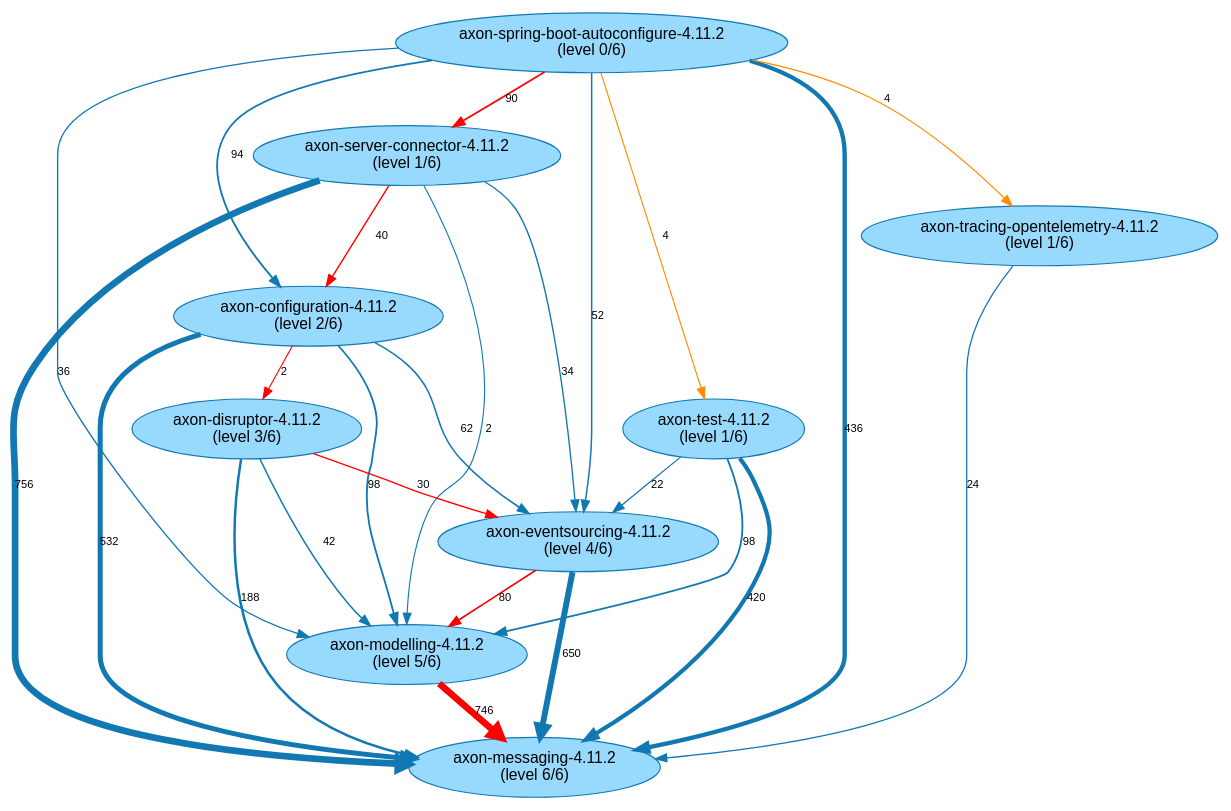
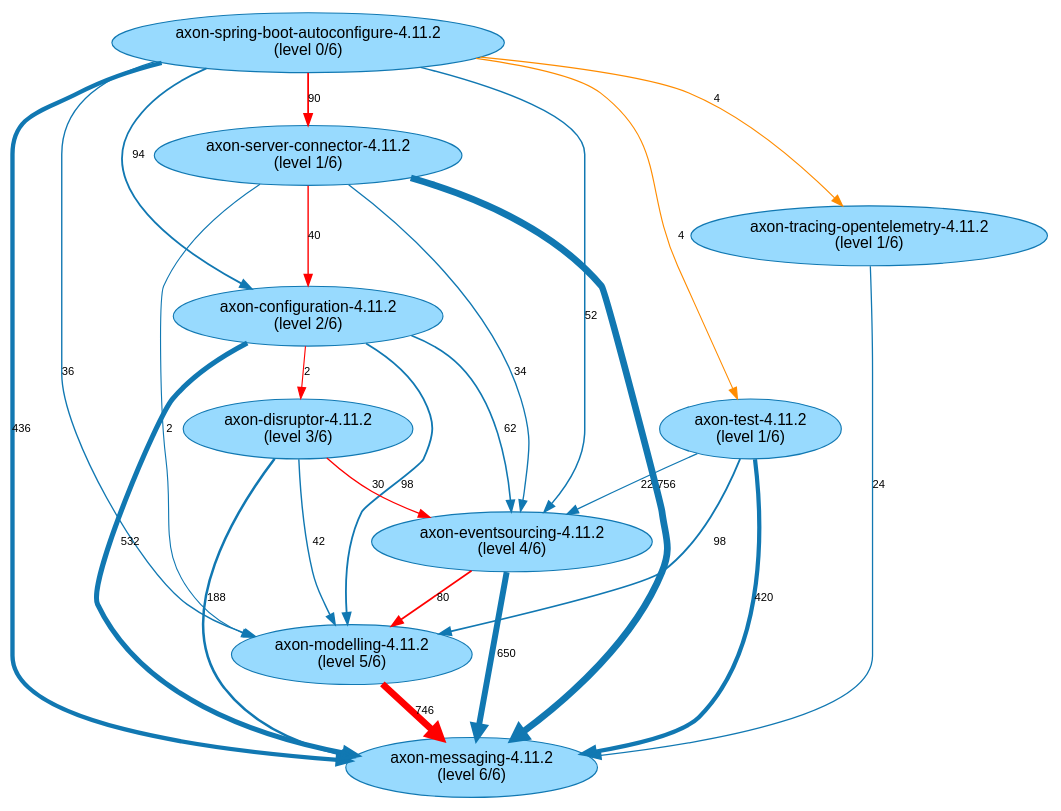
Before and after one commit to JohT/code-graph-analysis-examples: the diagram in analysis-results/AxonFramework/AxonFramework-4.11.2/path-finding-visualization/JavaArtifactLongestPaths.gv, drawn with Graphviz. The commit also changed other lines of this file and 457 other files, not shown here.

```diff
--- a/analysis-results/AxonFramework/AxonFramework-4.11.2/path-finding-visualization/JavaArtifactLongestPaths.gv
+++ b/analysis-results/AxonFramework/AxonFramework-4.11.2/path-finding-visualization/JavaArtifactLongestPaths.gv
@@ -1,37 +1,37 @@
 // This GraphViz dot file was generated by the script convertQueryResultCsvToGraphVizDotFile.sh with default.template
 
 strict digraph JavaArtifactLongestPaths {
     fontname = "Helvetica,Arial,sans-serif";
     node [fontname = "Helvetica,Arial,sans-serif";];
     edge [fontname = "Helvetica,Arial,sans-serif"; fontsize = 10;];
     node [style = filled; fillcolor = "0.560 0.400 0.999";];
     node [color = "0.560 0.900 0.700";];
     edge [color = "0.560 0.900 0.700";];
+	"axon-spring-boot-autoconfigure-4.11.2\n(level 0/6)" -> "axon-configuration-4.11.2\n(level 2/6)" [label=94; penwidth=1.61; ];
+	"axon-spring-boot-autoconfigure-4.11.2\n(level 0/6)" -> "axon-messaging-4.11.2\n(level 6/6)" [label=436; penwidth=3.88; ];
+	"axon-spring-boot-autoconfigure-4.11.2\n(level 0/6)" -> "axon-test-4.11.2\n(level 1/6)" [label=4; penwidth=1.01; ];
+	"axon-spring-boot-autoconfigure-4.11.2\n(level 0/6)" -> "axon-server-connector-4.11.2\n(level 1/6)" [label=90; penwidth=1.58; color="red"; ];
+	"axon-spring-boot-autoconfigure-4.11.2\n(level 0/6)" -> "axon-eventsourcing-4.11.2\n(level 4/6)" [label=52; penwidth=1.33; ];
+	"axon-spring-boot-autoconfigure-4.11.2\n(level 0/6)" -> "axon-modelling-4.11.2\n(level 5/6)" [label=36; penwidth=1.23; ];
+	"axon-spring-boot-autoconfigure-4.11.2\n(level 0/6)" -> "axon-tracing-opentelemetry-4.11.2\n(level 1/6)" [label=4; penwidth=1.01; ];
+	"axon-configuration-4.11.2\n(level 2/6)" -> "axon-messaging-4.11.2\n(level 6/6)" [label=532; penwidth=4.51; ];
+	"axon-configuration-4.11.2\n(level 2/6)" -> "axon-eventsourcing-4.11.2\n(level 4/6)" [label=62; penwidth=1.4; ];
+	"axon-configuration-4.11.2\n(level 2/6)" -> "axon-modelling-4.11.2\n(level 5/6)" [label=98; penwidth=1.64; ];
+	"axon-configuration-4.11.2\n(level 2/6)" -> "axon-disruptor-4.11.2\n(level 3/6)" [label=2; penwidth=1.0; color="red"; ];
+	"axon-disruptor-4.11.2\n(level 3/6)" -> "axon-messaging-4.11.2\n(level 6/6)" [label=188; penwidth=2.23; ];
+	"axon-disruptor-4.11.2\n(level 3/6)" -> "axon-modelling-4.11.2\n(level 5/6)" [label=42; penwidth=1.27; ];
+	"axon-disruptor-4.11.2\n(level 3/6)" -> "axon-eventsourcing-4.11.2\n(level 4/6)" [label=30; penwidth=1.19; color="red"; ];
 	"axon-eventsourcing-4.11.2\n(level 4/6)" -> "axon-messaging-4.11.2\n(level 6/6)" [label=650; penwidth=5.3; ];
 	"axon-eventsourcing-4.11.2\n(level 4/6)" -> "axon-modelling-4.11.2\n(level 5/6)" [label=80; penwidth=1.52; color="red"; ];
+	"axon-modelling-4.11.2\n(level 5/6)" -> "axon-messaging-4.11.2\n(level 6/6)" [label=746; penwidth=5.93; color="red"; ];
 	"axon-server-connector-4.11.2\n(level 1/6)" -> "axon-messaging-4.11.2\n(level 6/6)" [label=756; penwidth=6.0; ];
+	"axon-server-connector-4.11.2\n(level 1/6)" -> "axon-eventsourcing-4.11.2\n(level 4/6)" [label=34; penwidth=1.21; ];
 	"axon-server-connector-4.11.2\n(level 1/6)" -> "axon-configuration-4.11.2\n(level 2/6)" [label=40; penwidth=1.25; color="red"; ];
-	"axon-server-connector-4.11.2\n(level 1/6)" -> "axon-eventsourcing-4.11.2\n(level 4/6)" [label=34; penwidth=1.21; ];
 	"axon-server-connector-4.11.2\n(level 1/6)" -> "axon-modelling-4.11.2\n(level 5/6)" [label=2; penwidth=1.0; ];
-	"axon-disruptor-4.11.2\n(level 3/6)" -> "axon-messaging-4.11.2\n(level 6/6)" [label=188; penwidth=2.23; ];
-	"axon-disruptor-4.11.2\n(level 3/6)" -> "axon-eventsourcing-4.11.2\n(level 4/6)" [label=30; penwidth=1.19; color="red"; ];
-	"axon-disruptor-4.11.2\n(level 3/6)" -> "axon-modelling-4.11.2\n(level 5/6)" [label=42; penwidth=1.27; ];
-	"axon-modelling-4.11.2\n(level 5/6)" -> "axon-messaging-4.11.2\n(level 6/6)" [label=746; penwidth=5.93; color="red"; ];
+	"axon-tracing-opentelemetry-4.11.2\n(level 1/6)" -> "axon-messaging-4.11.2\n(level 6/6)" [label=24; penwidth=1.15; ];
+	"axon-test-4.11.2\n(level 1/6)" -> "axon-modelling-4.11.2\n(level 5/6)" [label=98; penwidth=1.64; ];
 	"axon-test-4.11.2\n(level 1/6)" -> "axon-messaging-4.11.2\n(level 6/6)" [label=420; penwidth=3.77; ];
-	"axon-test-4.11.2\n(level 1/6)" -> "axon-modelling-4.11.2\n(level 5/6)" [label=98; penwidth=1.64; ];
 	"axon-test-4.11.2\n(level 1/6)" -> "axon-eventsourcing-4.11.2\n(level 4/6)" [label=22; penwidth=1.13; ];
-	"axon-spring-boot-autoconfigure-4.11.2\n(level 0/6)" -> "axon-eventsourcing-4.11.2\n(level 4/6)" [label=52; penwidth=1.33; ];
-	"axon-spring-boot-autoconfigure-4.11.2\n(level 0/6)" -> "axon-configuration-4.11.2\n(level 2/6)" [label=94; penwidth=1.61; ];
-	"axon-spring-boot-autoconfigure-4.11.2\n(level 0/6)" -> "axon-messaging-4.11.2\n(level 6/6)" [label=436; penwidth=3.88; ];
-	"axon-spring-boot-autoconfigure-4.11.2\n(level 0/6)" -> "axon-modelling-4.11.2\n(level 5/6)" [label=36; penwidth=1.23; ];
-	"axon-spring-boot-autoconfigure-4.11.2\n(level 0/6)" -> "axon-server-connector-4.11.2\n(level 1/6)" [label=90; penwidth=1.58; color="red"; ];
-	"axon-spring-boot-autoconfigure-4.11.2\n(level 0/6)" -> "axon-test-4.11.2\n(level 1/6)" [label=4; penwidth=1.01; ];
-	"axon-spring-boot-autoconfigure-4.11.2\n(level 0/6)" -> "axon-tracing-opentelemetry-4.11.2\n(level 1/6)" [label=4; penwidth=1.01; ];
-	"axon-configuration-4.11.2\n(level 2/6)" -> "axon-messaging-4.11.2\n(level 6/6)" [label=532; penwidth=4.51; ];
-	"axon-configuration-4.11.2\n(level 2/6)" -> "axon-modelling-4.11.2\n(level 5/6)" [label=98; penwidth=1.64; ];
-	"axon-configuration-4.11.2\n(level 2/6)" -> "axon-disruptor-4.11.2\n(level 3/6)" [label=2; penwidth=1.0; color="red"; ];
-	"axon-configuration-4.11.2\n(level 2/6)" -> "axon-eventsourcing-4.11.2\n(level 4/6)" [label=62; penwidth=1.4; ];
-	"axon-tracing-opentelemetry-4.11.2\n(level 1/6)" -> "axon-messaging-4.11.2\n(level 6/6)" [label=24; penwidth=1.15; ];
+	"axon-spring-boot-autoconfigure-4.11.2\n(level 0/6)" -> "axon-tracing-opentelemetry-4.11.2\n(level 1/6)" [label=4; penwidth=1.01; color="darkorange"; ];
 	"axon-spring-boot-autoconfigure-4.11.2\n(level 0/6)" -> "axon-test-4.11.2\n(level 1/6)" [label=4; penwidth=1.01; color="darkorange"; ];
-	"axon-spring-boot-autoconfigure-4.11.2\n(level 0/6)" -> "axon-tracing-opentelemetry-4.11.2\n(level 1/6)" [label=4; penwidth=1.01; color="darkorange"; ];
 }
```
